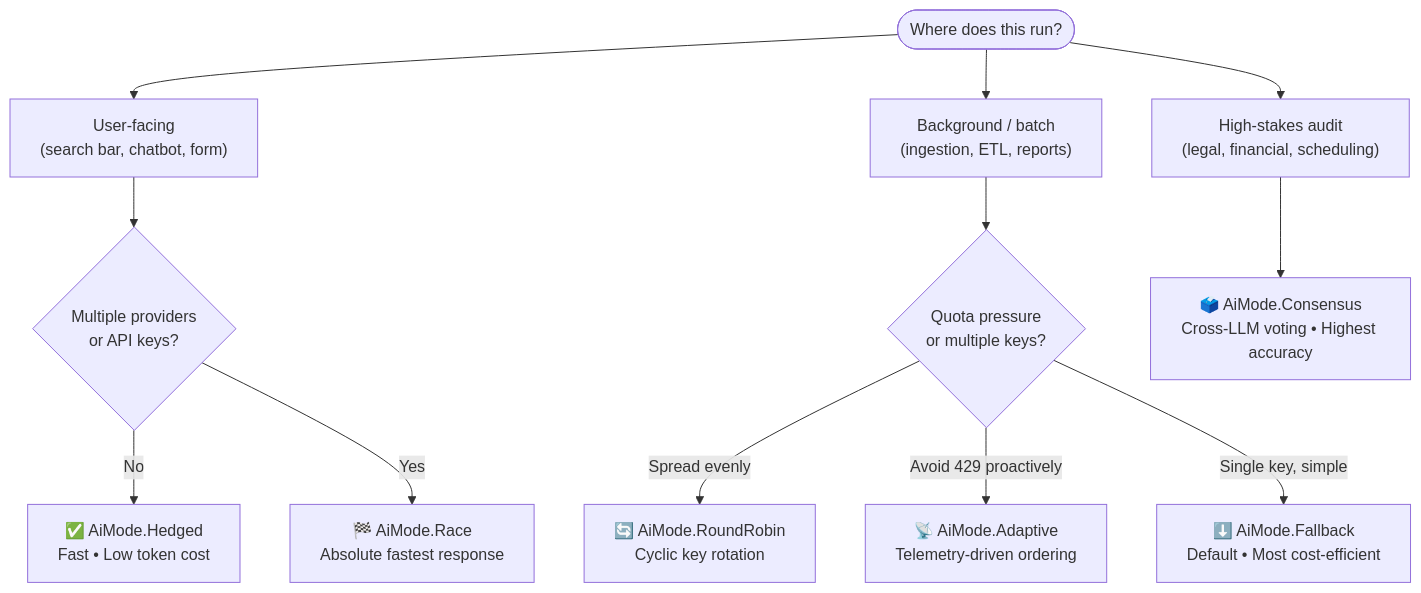
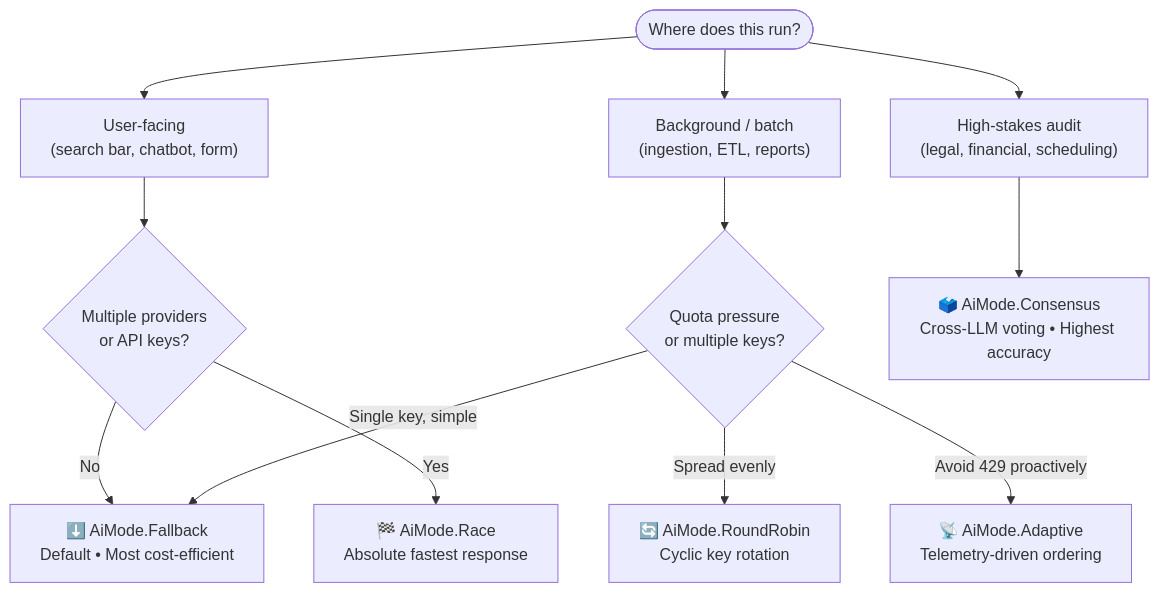
The diagram in packages/plugins/ai/doc/modes.md (magmacomputing/magma), drawn with Mermaid before and after one commit. The commit also changed 13 other files, not shown here.

````diff
--- a/packages/plugins/ai/doc/modes.md
+++ b/packages/plugins/ai/doc/modes.md
@@ -42,17 +42,17 @@
 ```mermaid
 flowchart TD
     Start(["Where does this run?"]) --> UI["User-facing\n(search bar, chatbot, form)"]
     Start --> Batch["Background / batch\n(ingestion, ETL, reports)"]
     Start --> Audit["High-stakes audit\n(legal, financial, scheduling)"]
 
     UI --> MultiUI{"Multiple providers\nor API keys?"}
-    MultiUI -- No --> Hedged["✅ AiMode.Hedged\nFast • Low token cost"]
+    MultiUI -- No --> Fallback["⬇️ AiMode.Fallback\nDefault • Most cost-efficient"]
     MultiUI -- Yes --> Race["🏁 AiMode.Race\nAbsolute fastest response"]
 
     Batch --> Quota{"Quota pressure\nor multiple keys?"}
     Quota -- "Spread evenly" --> RR["🔄 AiMode.RoundRobin\nCyclic key rotation"]
     Quota -- "Avoid 429 proactively" --> Adaptive["📡 AiMode.Adaptive\nTelemetry-driven ordering"]
     Quota -- "Single key, simple" --> Fallback["⬇️ AiMode.Fallback\nDefault • Most cost-efficient"]
 
     Audit --> Consensus["🗳️ AiMode.Consensus\nCross-LLM voting • Highest accuracy"]
 ```
````
